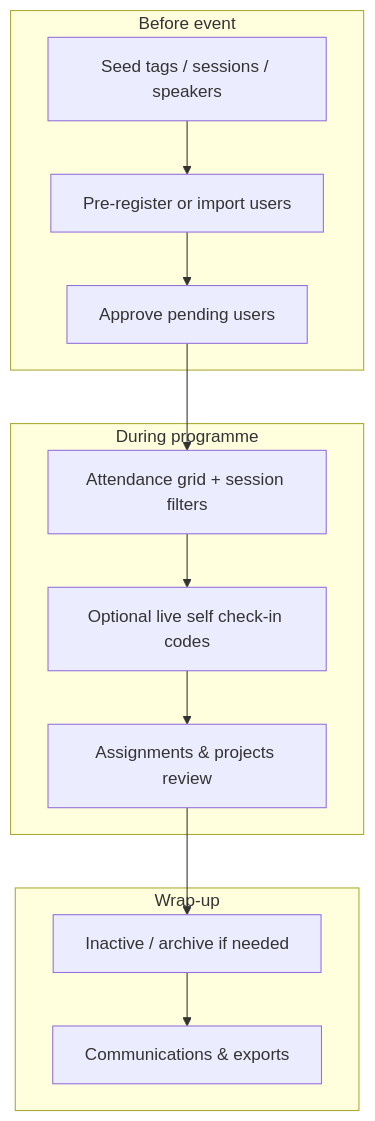
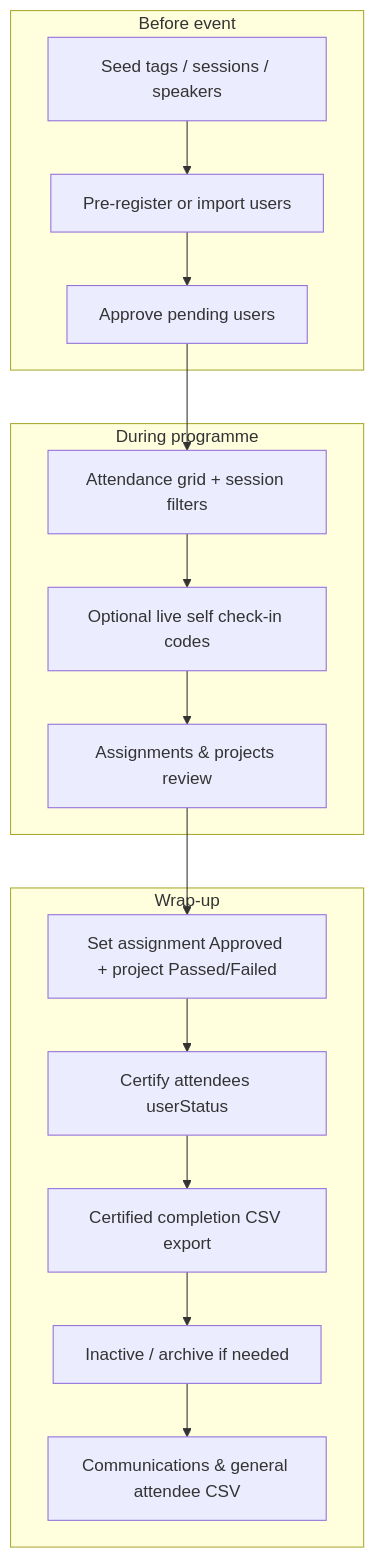
The fourth of 5 diagrams in docs/10-customer-journey.md (GDGLONDONUK/AI_DevCamp_BuildwithAI), drawn with Mermaid before and after one commit. The commit also changed other lines of this file and 6 other files, not shown here.

Commit message:
feat: expand project review statuses to include 'failed'; enhance admin export functionality for certified completion, detailing criteria for user certification and project outcomes

````diff
--- a/docs/10-customer-journey.md
+++ b/docs/10-customer-journey.md
@@ -98,16 +115,19 @@
 ```mermaid
 flowchart TB
   subgraph prep["Before event"]
     S1[Seed tags / sessions / speakers] --> S2[Pre-register or import users]
     S2 --> S3[Approve pending users]
   end
   subgraph live["During programme"]
     S3 --> A1[Attendance grid + session filters]
     A1 --> A2[Optional live self check-in codes]
     A2 --> A3[Assignments & projects review]
   end
   subgraph wrap["Wrap-up"]
-    A3 --> W1[Inactive / archive if needed]
-    W1 --> W2[Communications & exports]
+    A3 --> W1[Set assignment Approved + project Passed/Failed]
+    W1 --> W2[Certify attendees userStatus]
+    W2 --> W3[Certified completion CSV export]
+    W3 --> W4[Inactive / archive if needed]
+    W4 --> W5[Communications & general attendee CSV]
   end
 ```
````
